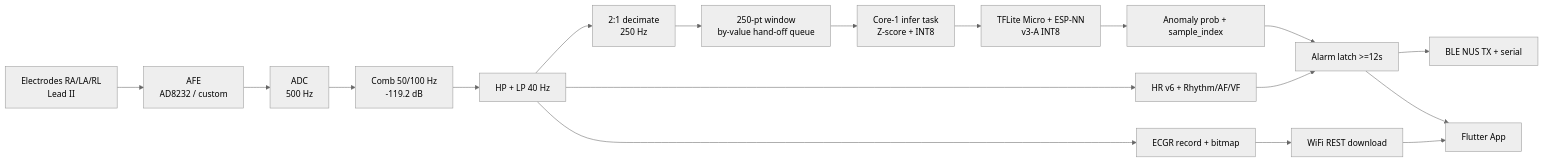
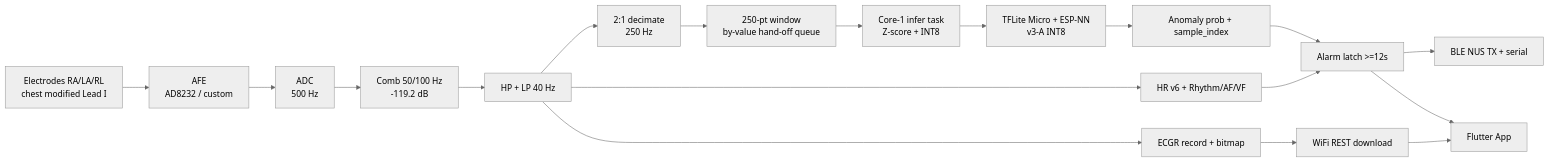
Before and after one commit to stevenson2/ecg-programme-tju-flex.electron: the diagram in README.en.md, drawn with Mermaid (neutral theme). The commit also changed other lines of this file and 46 other files, not shown here.

````diff
--- a/README.en.md
+++ b/README.en.md
@@ -96,20 +99,20 @@
 ```mermaid
 flowchart LR
-    A[Electrodes RA/LA/RL<br/>Lead II] --> B[AFE<br/>AD8232 / custom]
+    A[Electrodes RA/LA/RL<br/>chest modified Lead I] --> B[AFE<br/>AD8232 / custom]
     B --> C[ADC<br/>500 Hz]
     C --> D[Comb 50/100 Hz<br/>-119.2 dB]
     D --> E[HP + LP 40 Hz]
     E --> F[HR v6 + Rhythm/AF/VF]
     E --> G[2:1 decimate<br/>250 Hz]
     G --> H[250-pt window<br/>by-value hand-off queue]
     H --> I1[Core-1 infer task<br/>Z-score + INT8]
     I1 --> J[TFLite Micro + ESP-NN<br/>v3-A INT8]
     J --> K[Anomaly prob + sample_index]
     K --> L[Alarm latch >=12s]
     E --> M[ECGR record + bitmap]
     F --> L
     L --> N[BLE NUS TX + serial]
     M --> O[WiFi REST download]
     L --> P[Flutter App]
     O --> P
 ```
````
